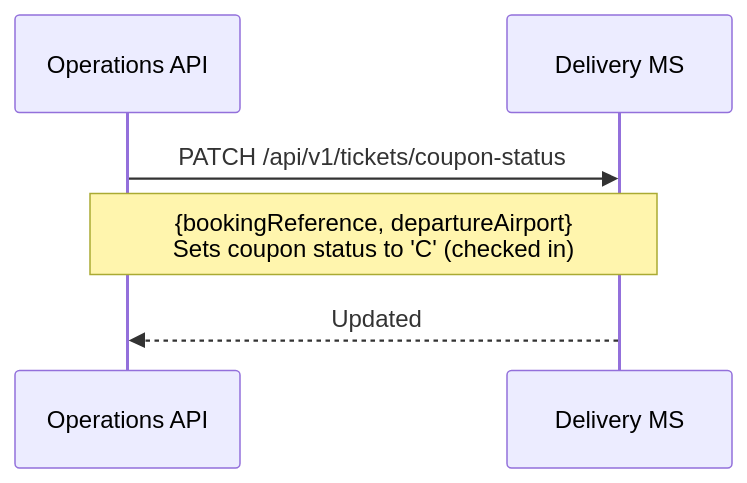
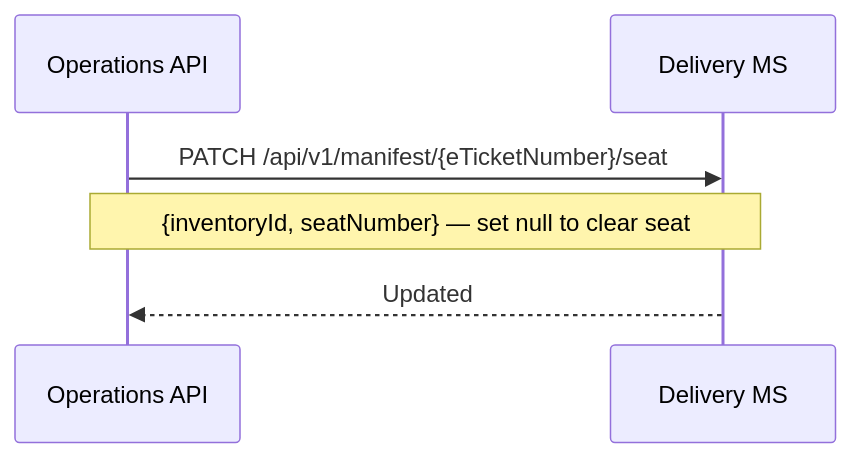
Before and after one commit to sebharvey/airline-reservation-system: the seventh of 13 diagrams in documentation/sequences/delivery.md, drawn with Mermaid. The commit also changed other lines of this file and 11 other files, not shown here.

````diff
--- a/documentation/sequences/delivery.md
+++ b/documentation/sequences/delivery.md
@@ -117,9 +140,9 @@
 ```mermaid
 sequenceDiagram
     participant OpsAPI as Operations API
     participant DeliveryMS as Delivery MS
 
-    OpsAPI->>DeliveryMS: PATCH /api/v1/tickets/coupon-status
-    Note over OpsAPI,DeliveryMS: {bookingReference, departureAirport}<br/>Sets coupon status to 'C' (checked in)
+    OpsAPI->>DeliveryMS: PATCH /api/v1/manifest/{eTicketNumber}/seat
+    Note over OpsAPI,DeliveryMS: {inventoryId, seatNumber} — set null to clear seat
     DeliveryMS-->>OpsAPI: Updated
 ```
````
